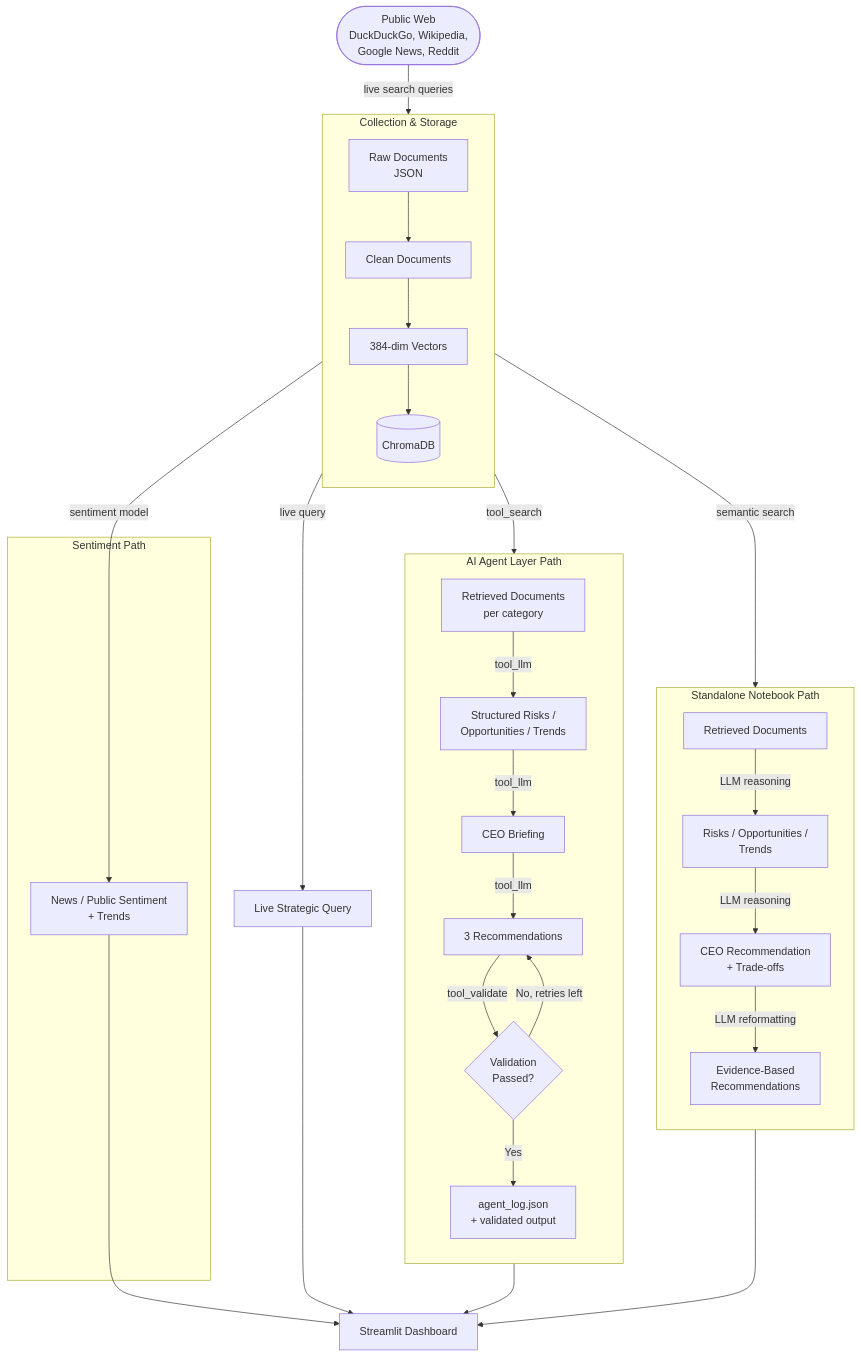
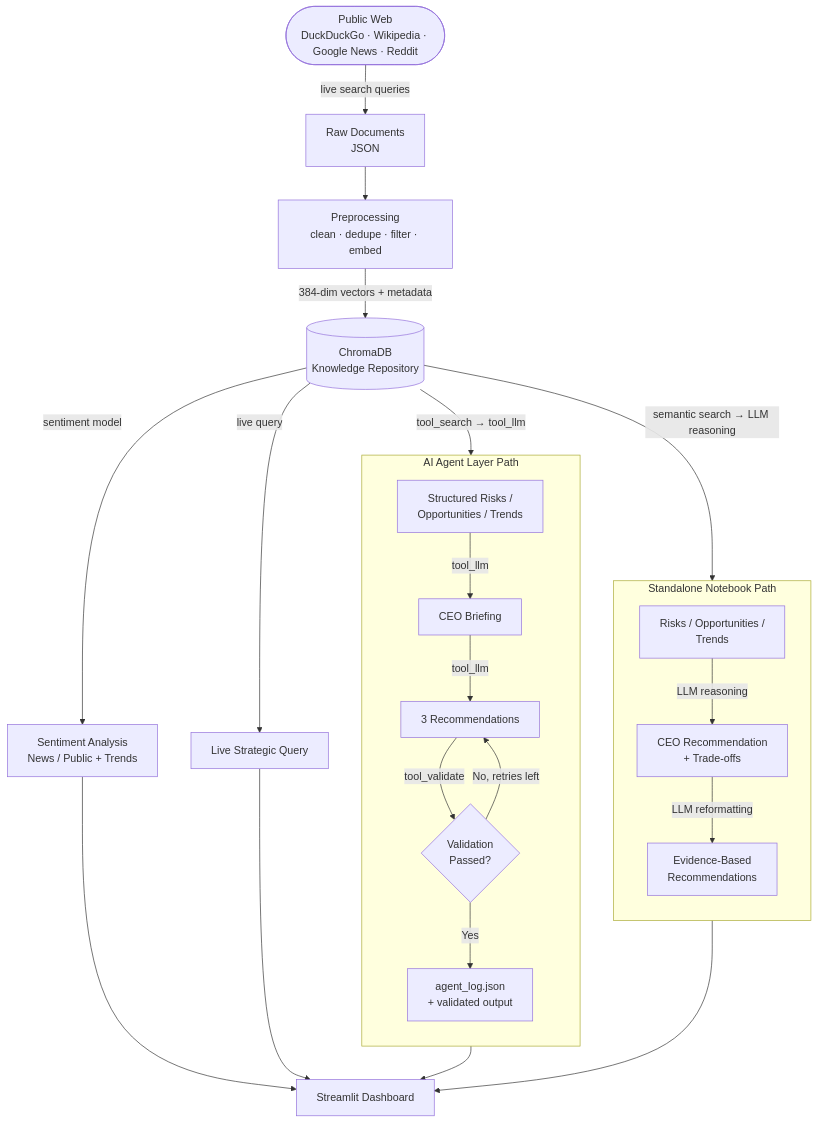
Before and after one commit to namrata1104/NLP-project: the second of 2 diagrams in README.md, drawn with Mermaid. The commit also changed other lines of this file and 3 other files, not shown here.

Commit message:
changes in markdown cell and readme architectre

````diff
--- a/README.md
+++ b/README.md
@@ -107,57 +93,48 @@
 ```mermaid
 flowchart TB
-    Web([Public Web<br/>DuckDuckGo, Wikipedia,<br/>Google News, Reddit])
-
-    subgraph Ingestion["Collection & Storage"]
-        direction TB
-        Raw[Raw Documents<br/>JSON]
-        Clean[Clean Documents]
-        Vectors[384-dim Vectors]
-        Chroma[(ChromaDB)]
-        Raw --> Clean --> Vectors --> Chroma
-    end
+    Web([Public Web<br/>DuckDuckGo · Wikipedia · Google News · Reddit])
+    Raw[Raw Documents<br/>JSON]
+    Prep[Preprocessing<br/>clean · dedupe · filter · embed]
+    Chroma[(ChromaDB<br/>Knowledge Repository)]
 
     Web -->|live search queries| Raw
+    Raw --> Prep
+    Prep -->|384-dim vectors + metadata| Chroma
 
     subgraph Standalone["Standalone Notebook Path"]
         direction TB
-        Retrieved[Retrieved Documents]
-        Insights[Risks / Opportunities /<br/>Trends]
-        CEO[CEO Recommendation<br/>+ Trade-offs]
-        Evidence[Evidence-Based<br/>Recommendations]
-        Retrieved -->|LLM reasoning| Insights
-        Insights -->|LLM reasoning| CEO
-        CEO -->|LLM reformatting| Evidence
+        S1[Risks / Opportunities /<br/>Trends]
+        S2[CEO Recommendation<br/>+ Trade-offs]
+        S3[Evidence-Based<br/>Recommendations]
+        S1 -->|LLM reasoning| S2
+        S2 -->|LLM reformatting| S3
     end
 
-    subgraph AgentPath["AI Agent Layer Path"]
+    subgraph Agent["AI Agent Layer Path"]
         direction TB
-        AgentRetrieved[Retrieved Documents<br/>per category]
-        AgentAnalysis[Structured Risks /<br/>Opportunities / Trends]
-        AgentBriefing[CEO Briefing]
-        AgentRecs[3 Recommendations]
-        AgentCheck{Validation<br/>Passed?}
-        AgentLog[agent_log.json<br/>+ validated output]
-        AgentRetrieved -->|tool_llm| AgentAnalysis
-        AgentAnalysis -->|tool_llm| AgentBriefing
-        AgentBriefing -->|tool_llm| AgentRecs
-        AgentRecs -->|tool_validate| AgentCheck
-        AgentCheck -->|No, retries left| AgentRecs
-        AgentCheck -->|Yes| AgentLog
+        AG1[Structured Risks /<br/>Opportunities / Trends]
+        AG2[CEO Briefing]
+        AG3[3 Recommendations]
+        AGV{Validation<br/>Passed?}
+        AG4[agent_log.json<br/>+ validated output]
+        AG1 -->|tool_llm| AG2
+        AG2 -->|tool_llm| AG3
+        AG3 -->|tool_validate| AGV
+        AGV -->|No, retries left| AG3
+        AGV -->|Yes| AG4
     end
 
-    subgraph SentimentPath["Sentiment Path"]
-        Sentiment[News / Public Sentiment<br/>+ Trends]
-    end
+    Sent[Sentiment Analysis<br/>News / Public + Trends]
+    Live[Live Strategic Query]
+    Dashboard[Streamlit Dashboard]
 
-    Chroma -->|semantic search| Retrieved
-    Chroma -->|tool_search| AgentRetrieved
-    Chroma -->|sentiment model| Sentiment
-    Chroma -->|live query| LiveQ[Live Strategic Query]
+    Chroma -->|semantic search → LLM reasoning| S1
+    Chroma -->|tool_search → tool_llm| AG1
+    Chroma -->|sentiment model| Sent
+    Chroma -->|live query| Live
 
-    Dashboard[Streamlit Dashboard]
-    Evidence --> Dashboard
-    AgentLog --> Dashboard
-    Sentiment --> Dashboard
-    LiveQ --> Dashboard
+    S3 --> Dashboard
+    AG4 --> Dashboard
+    Sent --> Dashboard
+    Live --> Dashboard
 ```
````
